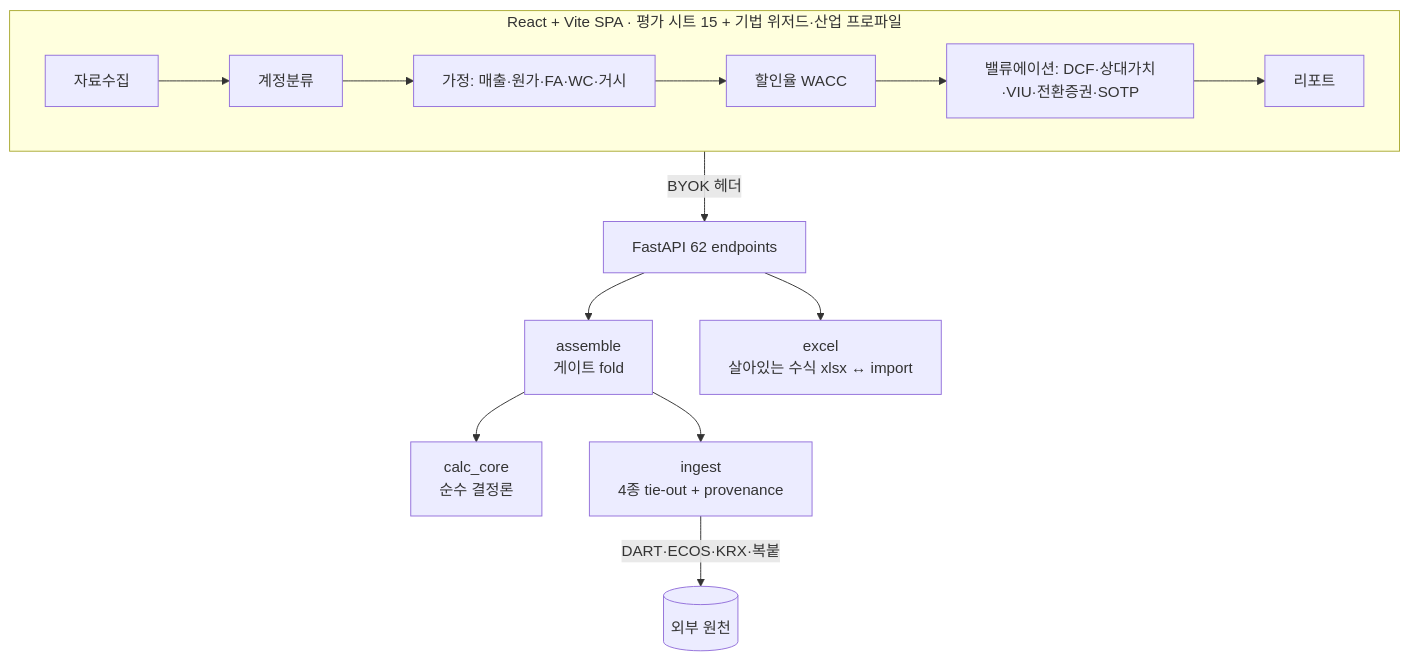
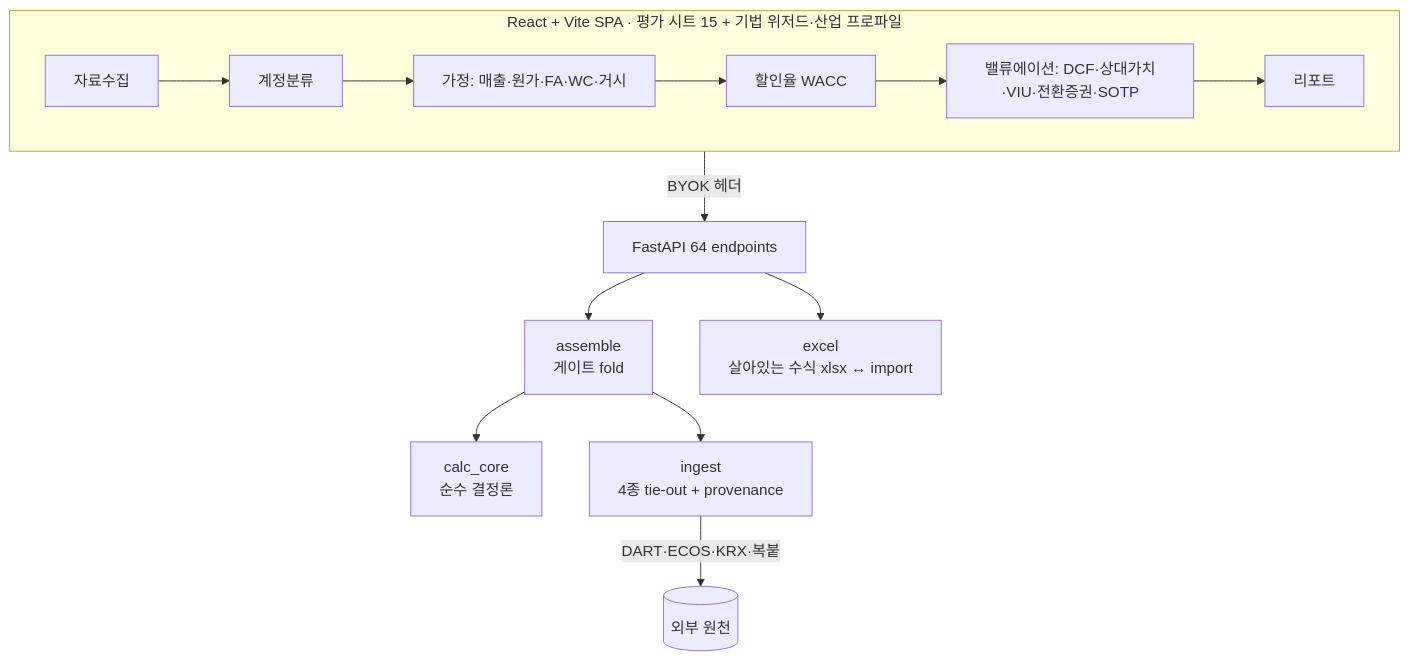
The third of 6 diagrams in README.md (gfdsstyu/val-studio), drawn with Mermaid before and after one commit. The commit also changed other lines of this file, not shown here.

````diff
--- a/README.md
+++ b/README.md
@@ -221,13 +221,13 @@
 ```mermaid
 flowchart TB
   subgraph FE[React + Vite SPA · 평가 시트 15 + 기법 위저드·산업 프로파일]
     M[자료수집] --> MAP[계정분류] --> A[가정: 매출·원가·FA·WC·거시]
     A --> D[할인율 WACC] --> V[밸류에이션: DCF·상대가치·VIU·전환증권·SOTP] --> R[리포트]
   end
-  FE -->|BYOK 헤더| API[FastAPI 62 endpoints]
+  FE -->|BYOK 헤더| API[FastAPI 64 endpoints]
   API --> ASM[assemble<br/>게이트 fold]
   ASM --> CC[calc_core<br/>순수 결정론]
   ASM --> ING[ingest<br/>4종 tie-out + provenance]
   ING -->|DART·ECOS·KRX·복붙| EXT[(외부 원천)]
   API --> XL[excel<br/>살아있는 수식 xlsx ↔ import]
 ```
````
